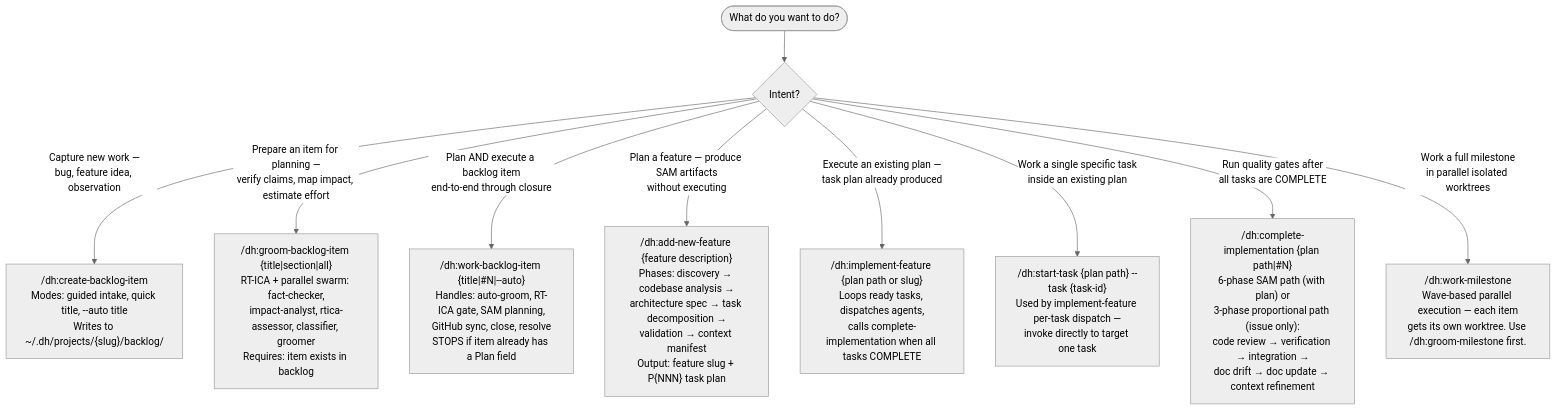
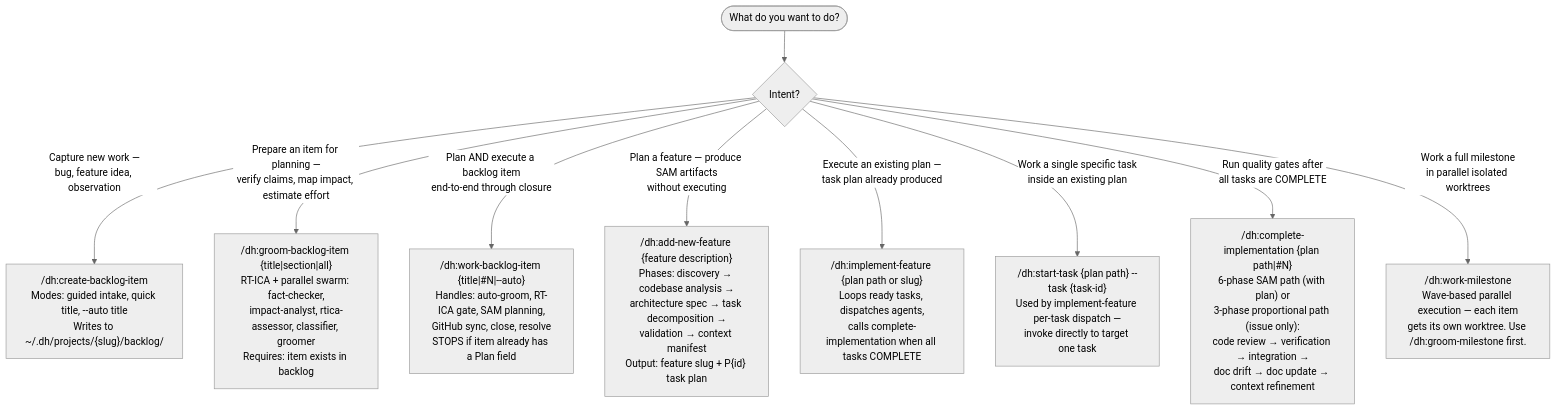
Before and after one commit to chgreer1070/claude_skills: the first of 2 diagrams in plugins/development-harness/skills/development-harness/SKILL.md, drawn with Mermaid (neutral theme). The commit also changed 47 other files, not shown here.

````diff
--- a/plugins/development-harness/skills/development-harness/SKILL.md
+++ b/plugins/development-harness/skills/development-harness/SKILL.md
@@ -34,20 +34,20 @@
 ```mermaid
 flowchart TD
     Start([What do you want to do?]) --> Q1{Intent?}
 
     Q1 -->|Capture new work —<br>bug, feature idea, observation| Create["/dh:create-backlog-item<br>Modes: guided intake, quick title, --auto title<br>Writes to ~/.dh/projects/{slug}/backlog/"]
 
     Q1 -->|Prepare an item for planning —<br>verify claims, map impact, estimate effort| Groom["/dh:groom-backlog-item {title|section|all}<br>RT-ICA + parallel swarm: fact-checker,<br>impact-analyst, rtica-assessor, classifier, groomer<br>Requires: item exists in backlog"]
 
     Q1 -->|Plan AND execute a backlog item<br>end-to-end through closure| Work["/dh:work-backlog-item {title|#N|--auto}<br>Handles: auto-groom, RT-ICA gate, SAM planning,<br>GitHub sync, close, resolve<br>STOPS if item already has a Plan field"]
 
-    Q1 -->|Plan a feature — produce SAM artifacts<br>without executing| Plan["/dh:add-new-feature {feature description}<br>Phases: discovery → codebase analysis →<br>architecture spec → task decomposition →<br>validation → context manifest<br>Output: feature slug + P{NNN} task plan"]
+    Q1 -->|Plan a feature — produce SAM artifacts<br>without executing| Plan["/dh:add-new-feature {feature description}<br>Phases: discovery → codebase analysis →<br>architecture spec → task decomposition →<br>validation → context manifest<br>Output: feature slug + P{id} task plan"]
 
     Q1 -->|Execute an existing plan —<br>task plan already produced| Execute["/dh:implement-feature {plan path or slug}<br>Loops ready tasks, dispatches agents,<br>calls complete-implementation when all tasks COMPLETE"]
 
     Q1 -->|Work a single specific task<br>inside an existing plan| Single["/dh:start-task {plan path} --task {task-id}<br>Used by implement-feature per-task dispatch —<br>invoke directly to target one task"]
 
     Q1 -->|Run quality gates after<br>all tasks are COMPLETE| QG["/dh:complete-implementation {plan path|#N}<br>6-phase SAM path (with plan) or<br>3-phase proportional path (issue only):<br>code review → verification → integration →<br>doc drift → doc update → context refinement"]
 
     Q1 -->|Work a full milestone<br>in parallel isolated worktrees| Milestone["/dh:work-milestone<br>Wave-based parallel execution — each item<br>gets its own worktree. Use /dh:groom-milestone first."]
 ```
````
